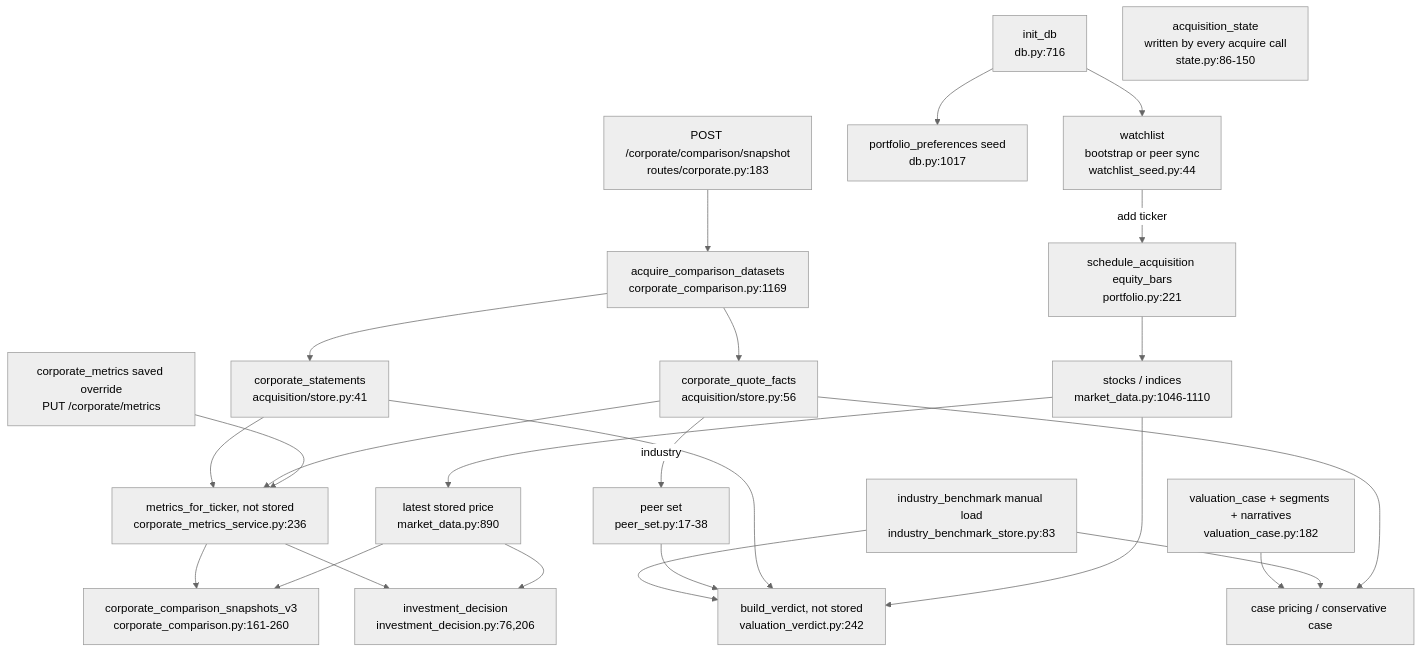
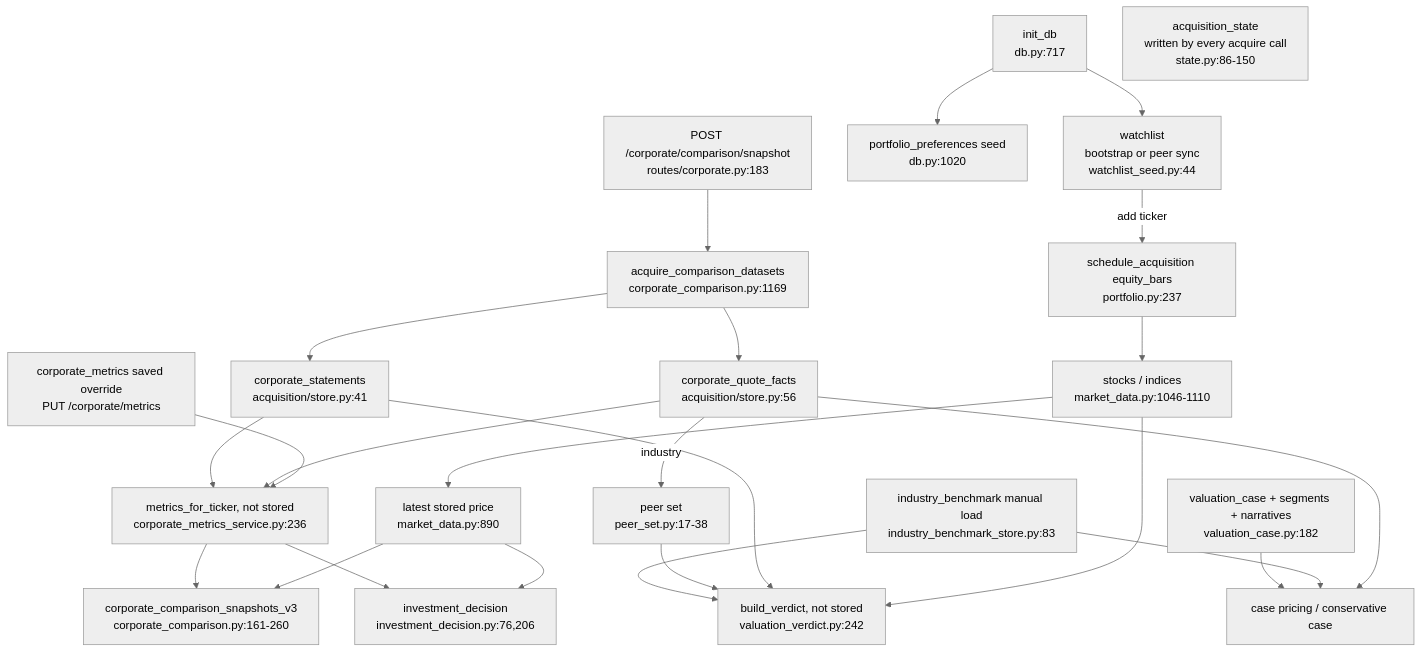
One commit to probationer070/MoneyView changed the third of 3 diagrams in docs/architecture/database-relationships.md. Above: the diagram before and after it, drawn with Mermaid (neutral theme). The commit also changed other lines of this file and 1 other file, not shown here.

Commit message:
docs(architecture): watchlist theme, cleanup reference gap, planned risk-signal tables and flow

````diff
--- a/docs/architecture/database-relationships.md
+++ b/docs/architecture/database-relationships.md
@@ -220,27 +286,27 @@
 ```mermaid
 flowchart TD
-    A[init_db<br/>db.py:716] --> B[watchlist<br/>bootstrap or peer sync<br/>watchlist_seed.py:44]
-    A --> PP[portfolio_preferences seed<br/>db.py:1017]
-    B -->|add ticker| C[schedule_acquisition equity_bars<br/>portfolio.py:221]
+    A[init_db<br/>db.py:717] --> B[watchlist<br/>bootstrap or peer sync<br/>watchlist_seed.py:44]
+    A --> PP[portfolio_preferences seed<br/>db.py:1020]
+    B -->|add ticker| C[schedule_acquisition equity_bars<br/>portfolio.py:237]
     C --> D[stocks / indices<br/>market_data.py:1046-1110]
     E[POST /corporate/comparison/snapshot<br/>routes/corporate.py:183] --> F[acquire_comparison_datasets<br/>corporate_comparison.py:1169]
     F --> G[corporate_statements<br/>acquisition/store.py:41]
     F --> H[corporate_quote_facts<br/>acquisition/store.py:56]
     G --> M[metrics_for_ticker, not stored<br/>corporate_metrics_service.py:236]
     H --> M
     CM[corporate_metrics saved override<br/>PUT /corporate/metrics] --> M
     D --> P[latest stored price<br/>market_data.py:890]
     M --> S[corporate_comparison_snapshots_v3<br/>corporate_comparison.py:161-260]
     P --> S
     H -->|industry| PS[peer set<br/>peer_set.py:17-38]
     IB[industry_benchmark manual load<br/>industry_benchmark_store.py:83] --> V[build_verdict, not stored<br/>valuation_verdict.py:242]
     PS --> V
     G --> V
     D --> V
     VC[valuation_case + segments + narratives<br/>valuation_case.py:182] --> CP[case pricing / conservative case]
     IB --> CP
     H --> CP
     M --> ID[investment_decision<br/>investment_decision.py:76,206]
     P --> ID
     AS[acquisition_state<br/>written by every acquire call<br/>state.py:86-150]
 ```
````
